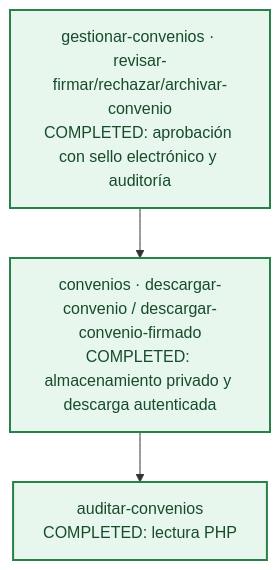
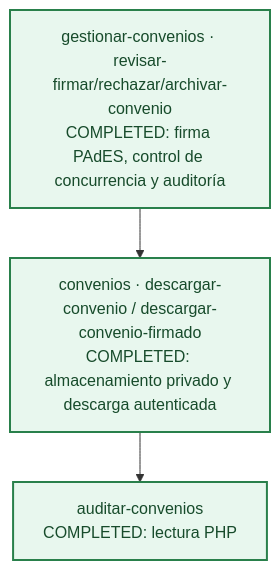
The fifth of 7 diagrams in docs_md/roadmap.md (chocokrispii/sistema_fct), drawn with Mermaid before and after one commit. The commit also changed 33 other files, not shown here.

````diff
--- a/docs_md/roadmap.md
+++ b/docs_md/roadmap.md
@@ -94,10 +94,10 @@
 ```mermaid
 flowchart TB
-    review["gestionar-convenios · revisar-firmar/rechazar/archivar-convenio<br/>COMPLETED: aprobación con sello electrónico y auditoría"]:::completed
+    review["gestionar-convenios · revisar-firmar/rechazar/archivar-convenio<br/>COMPLETED: firma PAdES, control de concurrencia y auditoría"]:::completed
     file["convenios · descargar-convenio / descargar-convenio-firmado<br/>COMPLETED: almacenamiento privado y descarga autenticada"]:::completed
     audit["auditar-convenios<br/>COMPLETED: lectura PHP"]:::completed
     review --> file --> audit
     classDef completed fill:#e8f7ee,stroke:#29804b,color:#174b2b,stroke-width:2px
     classDef inprogress fill:#fff9df,stroke:#9b7b00,color:#493b00,stroke-width:2px
     classDef pending fill:#f1f3f5,stroke:#868e96,color:#343a40,stroke-width:2px
 ```
````
